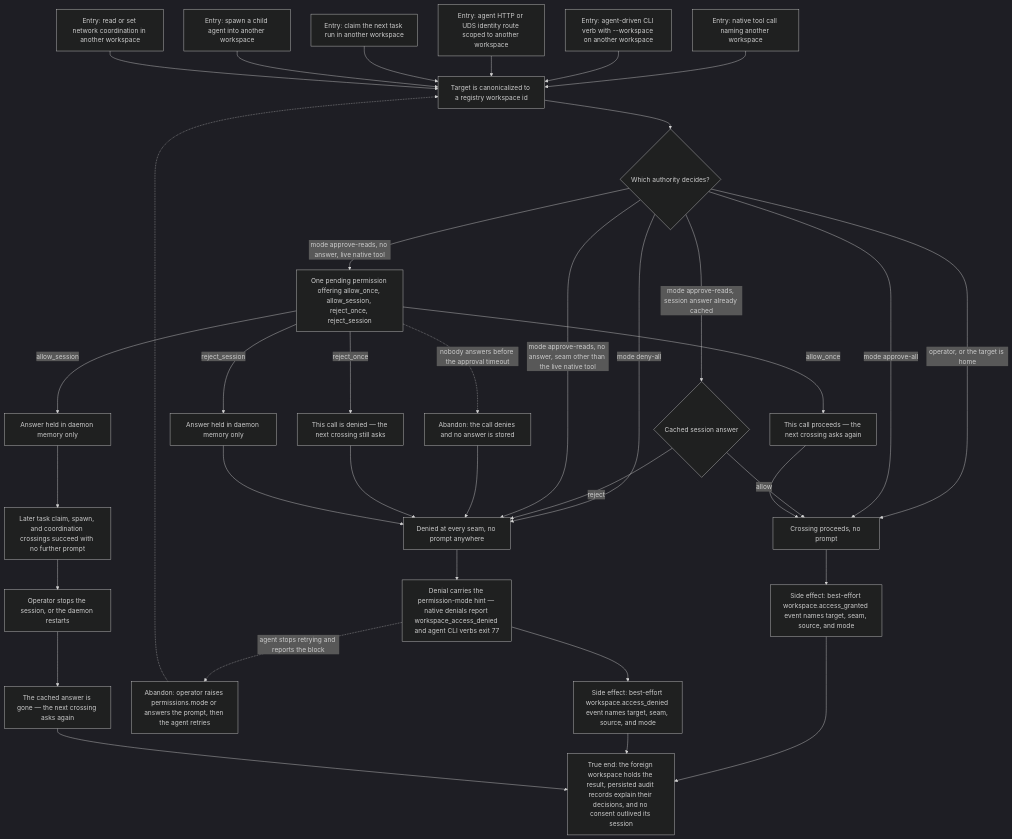
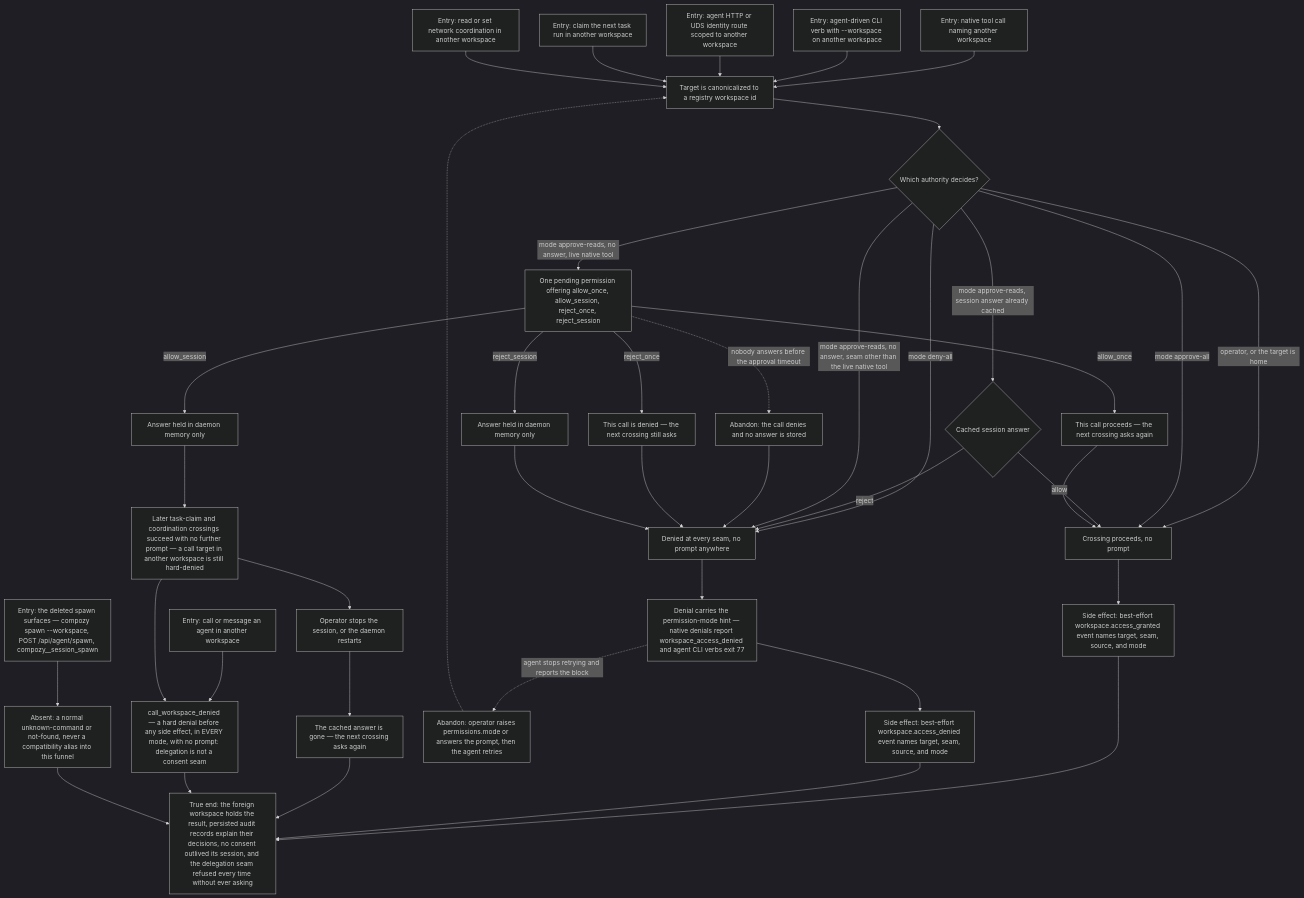
The diagram in docs/qa/journeys/J-cross-workspace-access.md (compozy/compozy), drawn with Mermaid (dark theme) before and after one commit. The commit also changed other lines of this file and 314 other files, not shown here.

````diff
--- a/docs/qa/journeys/J-cross-workspace-access.md
+++ b/docs/qa/journeys/J-cross-workspace-access.md
@@ -10,38 +17,42 @@
 ```mermaid
 flowchart TD
     E1[Entry: native tool call naming another workspace] --> CAN[Target is canonicalized to a registry workspace id]
     E2[Entry: agent-driven CLI verb with --workspace on another workspace] --> CAN
     E3[Entry: agent HTTP or UDS identity route scoped to another workspace] --> CAN
     E4[Entry: claim the next task run in another workspace] --> CAN
-    E5[Entry: spawn a child agent into another workspace] --> CAN
+    E5[Entry: call or message an agent in another workspace] --> HARD[call_workspace_denied — a hard denial before any side effect, in EVERY mode, with no prompt: delegation is not a consent seam]
     E6[Entry: read or set network coordination in another workspace] --> CAN
+    E7[Entry: the deleted spawn surfaces — compozy spawn --workspace, POST /api/agent/spawn, compozy__session_spawn] --> GONE[Absent: a normal unknown-command or not-found, never a compatibility alias into this funnel]
     CAN --> POL{Which authority decides?}
     POL -->|operator, or the target is home| ALLOW
     POL -->|mode approve-all| ALLOW[Crossing proceeds, no prompt]
     POL -->|mode deny-all| DENY[Denied at every seam, no prompt anywhere]
     POL -->|mode approve-reads, session answer already cached| CACHED{Cached session answer}
     CACHED -->|allow| ALLOW
     CACHED -->|reject| DENY
     POL -->|mode approve-reads, no answer, seam other than the live native tool| DENY
     POL -->|mode approve-reads, no answer, live native tool| ASK[One pending permission offering allow_once, allow_session, reject_once, reject_session]
     ASK -->|allow_once| ONCE[This call proceeds — the next crossing asks again]
     ASK -->|reject_once| RONCE[This call is denied — the next crossing still asks]
     ASK -->|allow_session| SESSALLOW[Answer held in daemon memory only]
     ASK -->|reject_session| SESSREJ[Answer held in daemon memory only]
     ASK -.->|nobody answers before the approval timeout| TO[Abandon: the call denies and no answer is stored]
     TO --> DENY
     ONCE --> ALLOW
     RONCE --> DENY
     SESSREJ --> DENY
-    SESSALLOW --> REUSE[Later task claim, spawn, and coordination crossings succeed with no further prompt]
+    SESSALLOW --> REUSE[Later task-claim and coordination crossings succeed with no further prompt — a call target in another workspace is still hard-denied]
+    REUSE --> HARD
     ALLOW --> AUD[Side effect: best-effort workspace.access_granted event names target, seam, source, and mode]
     DENY --> HINT[Denial carries the permission-mode hint — native denials report workspace_access_denied and agent CLI verbs exit 77]
     HINT --> AUD2[Side effect: best-effort workspace.access_denied event names target, seam, source, and mode]
     HINT -.->|agent stops retrying and reports the block| AB[Abandon: operator raises permissions.mode or answers the prompt, then the agent retries]
     AB -.-> CAN
     REUSE --> STOP[Operator stops the session, or the daemon restarts]
     STOP --> EXP[The cached answer is gone — the next crossing asks again]
-    AUD --> END[True end: the foreign workspace holds the result, persisted audit records explain their decisions, and no consent outlived its session]
+    AUD --> END[True end: the foreign workspace holds the result, persisted audit records explain their decisions, no consent outlived its session, and the delegation seam refused every time without ever asking]
     AUD2 --> END
     EXP --> END
+    HARD --> END
+    GONE --> END
 ```
````
